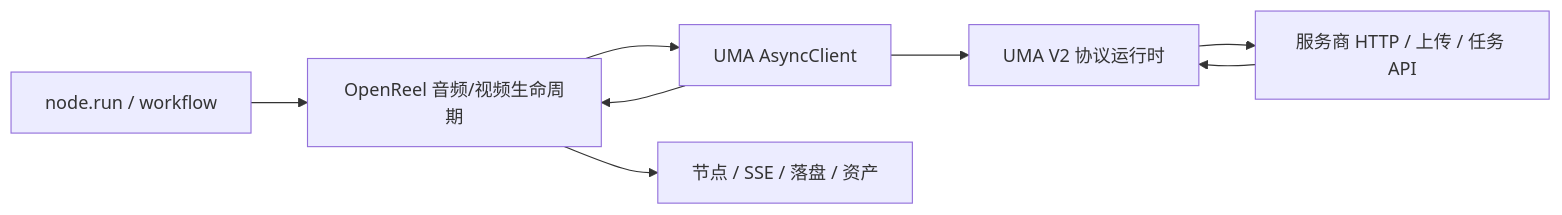
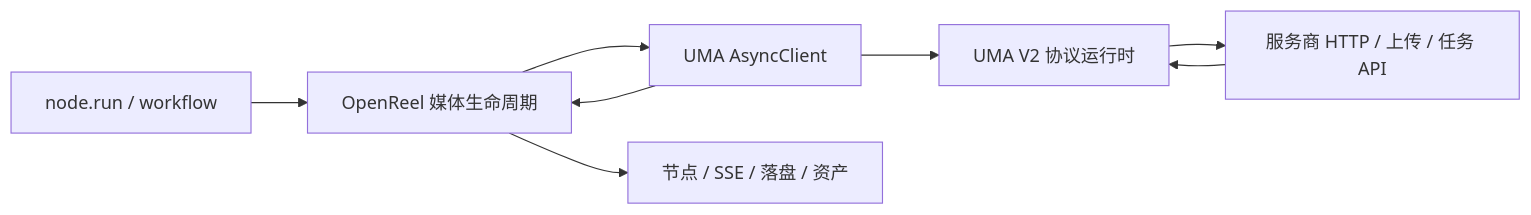
Before and after one commit to yutianxiao6/openreel-studio: the second of 2 diagrams in docs/zh-CN/model-providers.md, drawn with Mermaid. The commit also changed other lines of this file and 28 other files, not shown here.

````diff
--- a/docs/zh-CN/model-providers.md
+++ b/docs/zh-CN/model-providers.md
@@ -98,10 +93,10 @@
 ```mermaid
 flowchart LR
-  A[node.run / workflow] --> B[OpenReel 音频/视频生命周期]
+  A[node.run / workflow] --> B[OpenReel 媒体生命周期]
   B --> C[UMA AsyncClient]
   C --> D[UMA V2 协议运行时]
   D --> E[服务商 HTTP / 上传 / 任务 API]
   E --> D
   C --> B
   B --> F[节点 / SSE / 落盘 / 资产]
 ```
````
